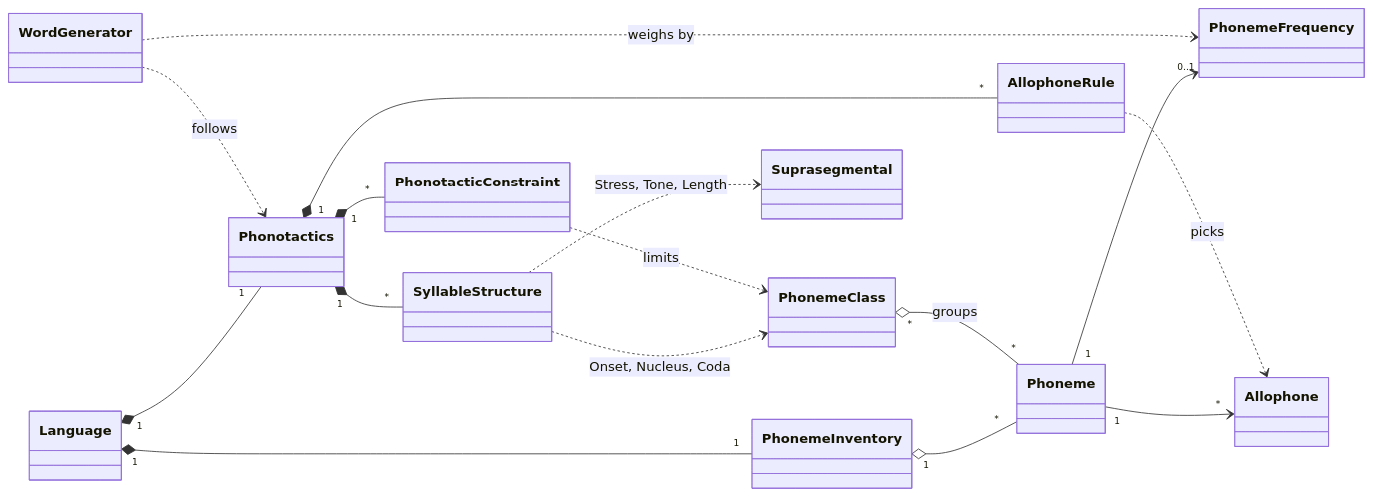
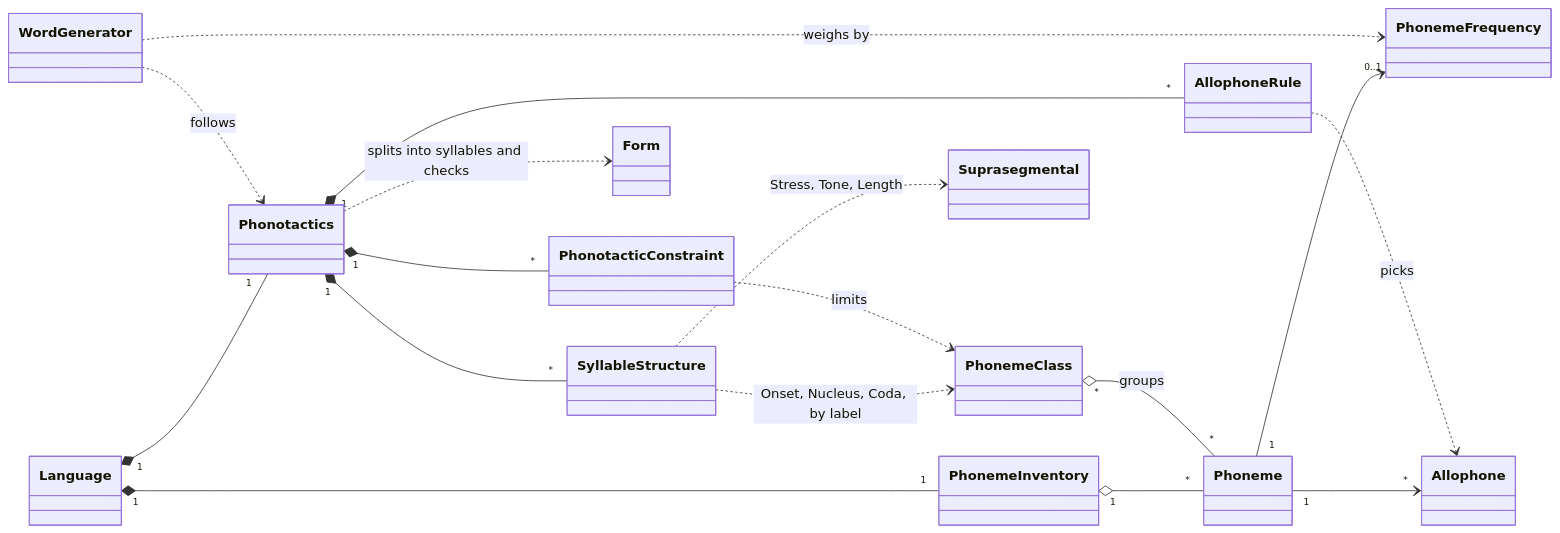
Before and after one commit to PrestonHager/Wordweaver: the third of 5 diagrams in agent-docs/domain-diagram.md, drawn with Mermaid. The commit also changed 15 other files, not shown here.

First line of the commit message:
Add Syllable Structures and a Form check

````diff
--- a/agent-docs/domain-diagram.md
+++ b/agent-docs/domain-diagram.md
@@ -54,19 +54,20 @@
 ```mermaid
 classDiagram
     direction LR
     Language "1" *-- "1" PhonemeInventory
     Language "1" *-- "1" Phonotactics
     PhonemeInventory "1" o-- "*" Phoneme
     PhonemeClass "*" o-- "*" Phoneme : groups
     Phoneme "1" --> "0..1" PhonemeFrequency
     Phoneme "1" --> "*" Allophone
     Phonotactics "1" *-- "*" SyllableStructure
     Phonotactics "1" *-- "*" PhonotacticConstraint
     Phonotactics "1" *-- "*" AllophoneRule
     AllophoneRule ..> Allophone : picks
-    SyllableStructure ..> PhonemeClass : Onset, Nucleus, Coda
+    SyllableStructure ..> PhonemeClass : Onset, Nucleus, Coda, by label
+    Phonotactics ..> Form : splits into syllables and checks
     SyllableStructure ..> Suprasegmental : Stress, Tone, Length
     PhonotacticConstraint ..> PhonemeClass : limits
     WordGenerator ..> Phonotactics : follows
     WordGenerator ..> PhonemeFrequency : weighs by
 ```
````
